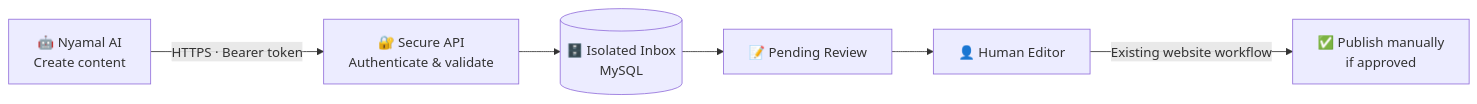
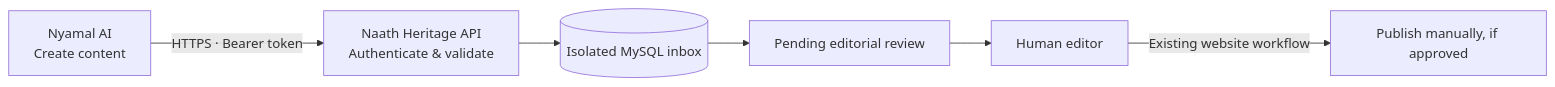
The diagram in README.md (Tiemkuoth/Nyamal), drawn with Mermaid before and after one commit. The commit also changed other lines of this file, not shown here.

````diff
--- a/README.md
+++ b/README.md
@@ -37,8 +36,8 @@
 ```mermaid
 flowchart LR
-    A["🤖 Nyamal AI<br/>Create content"] -->|"HTTPS · Bearer token"| B["🔐 Secure API<br/>Authenticate & validate"]
-    B --> C[("🗄️ Isolated Inbox<br/>MySQL")]
-    C --> D["📝 Pending Review"]
-    D --> E["👤 Human Editor"]
-    E -->|"Existing website workflow"| F["✅ Publish manually<br/>if approved"]
+    A["Nyamal AI<br/>Create content"] -->|HTTPS · Bearer token| B["Naath Heritage API<br/>Authenticate & validate"]
+    B --> C[("Isolated MySQL inbox")]
+    C --> D["Pending editorial review"]
+    D --> E["Human editor"]
+    E -->|Existing website workflow| F["Publish manually, if approved"]
 ```
````
